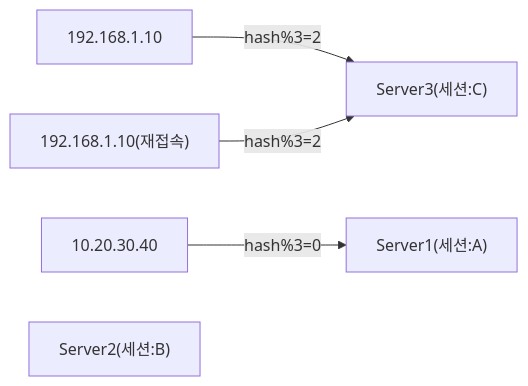
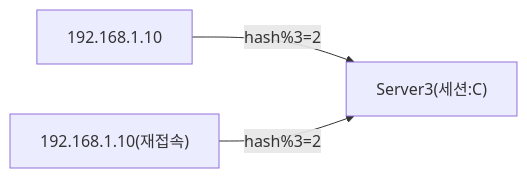
One commit to yjkim2015/yjkim2015.github.io changed the ninth of 17 diagrams in _posts/server/2026-05-01-nginx.md. Above: the diagram before and after it, drawn with Mermaid. The commit also changed other lines of this file and 132 other files, not shown here.

First line of the commit message:
Mermaid 다이어그램 가독성 정리: 단순 제거, 노드 축소, TD→LR 변환

````diff
--- a/_posts/server/2026-05-01-nginx.md
+++ b/_posts/server/2026-05-01-nginx.md
@@ -331,7 +331,5 @@
 ```mermaid
 graph LR
     C1["192.168.1.10"] -->|"hash%3=2"| S3["Server3(세션:C)"]
     C2["192.168.1.10(재접속)"] -->|"hash%3=2"| S3
-    C3["10.20.30.40"] -->|"hash%3=0"| S1["Server1(세션:A)"]
-    S2["Server2(세션:B)"]
 ```
````
